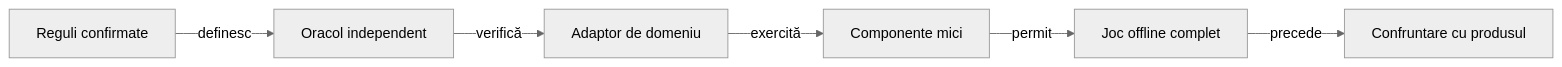
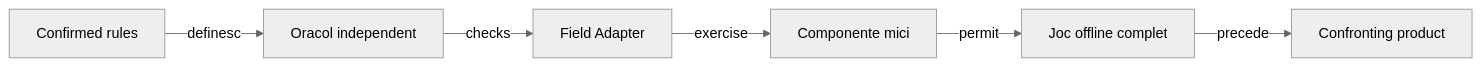
Before and after one commit to crististefanita/atf_j4: the diagram in docs/learning/ATF_GameTransfer.md, drawn with Mermaid (neutral theme). The commit also changed other lines of this file and 122 other files, not shown here.

````diff
--- a/docs/learning/ATF_GameTransfer.md
+++ b/docs/learning/ATF_GameTransfer.md
@@ -26,8 +26,8 @@
 ```mermaid
 flowchart LR
-    SPEC[Reguli confirmate] -->|definesc| ORACLE[Oracol independent]
-    ORACLE -->|verifică| ADAPTER[Adaptor de domeniu]
-    ADAPTER -->|exercită| CASES[Componente mici]
+    SPEC[Confirmed rules] -->|definesc| ORACLE[Oracol independent]
+    ORACLE -->|checks| ADAPTER[Field Adapter]
+    ADAPTER -->|exercise| CASES[Componente mici]
     CASES -->|permit| LOOP[Joc offline complet]
-    LOOP -->|precede| REAL[Confruntare cu produsul]
+    LOOP -->|precede| REAL[Confronting product]
 ```
````
